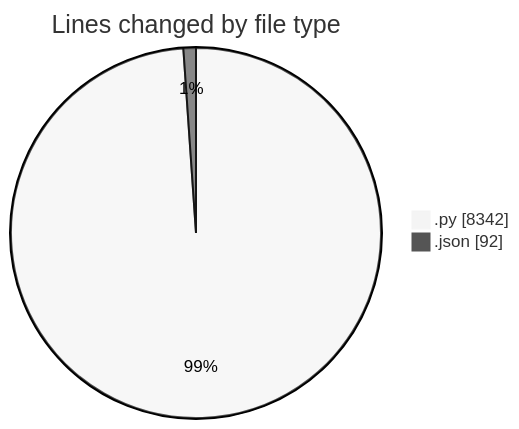
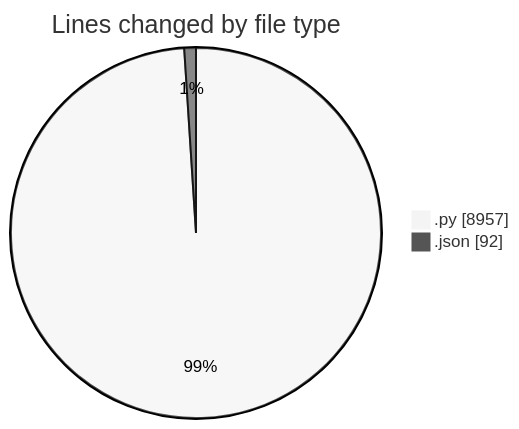
Before and after one commit to jrari/code-tracking: the first of 2 diagrams in 2025-07-13/telebot/README.md, drawn with Mermaid (neutral theme). The commit also changed other lines of this file and 1 other file, not shown here.

````diff
--- a/2025-07-13/telebot/README.md
+++ b/2025-07-13/telebot/README.md
@@ -33,6 +34,6 @@
 ```mermaid
 pie showData
 title Lines changed by file type
-".py" : 8342
+".py" : 8957
 ".json" : 92
 ```
````
